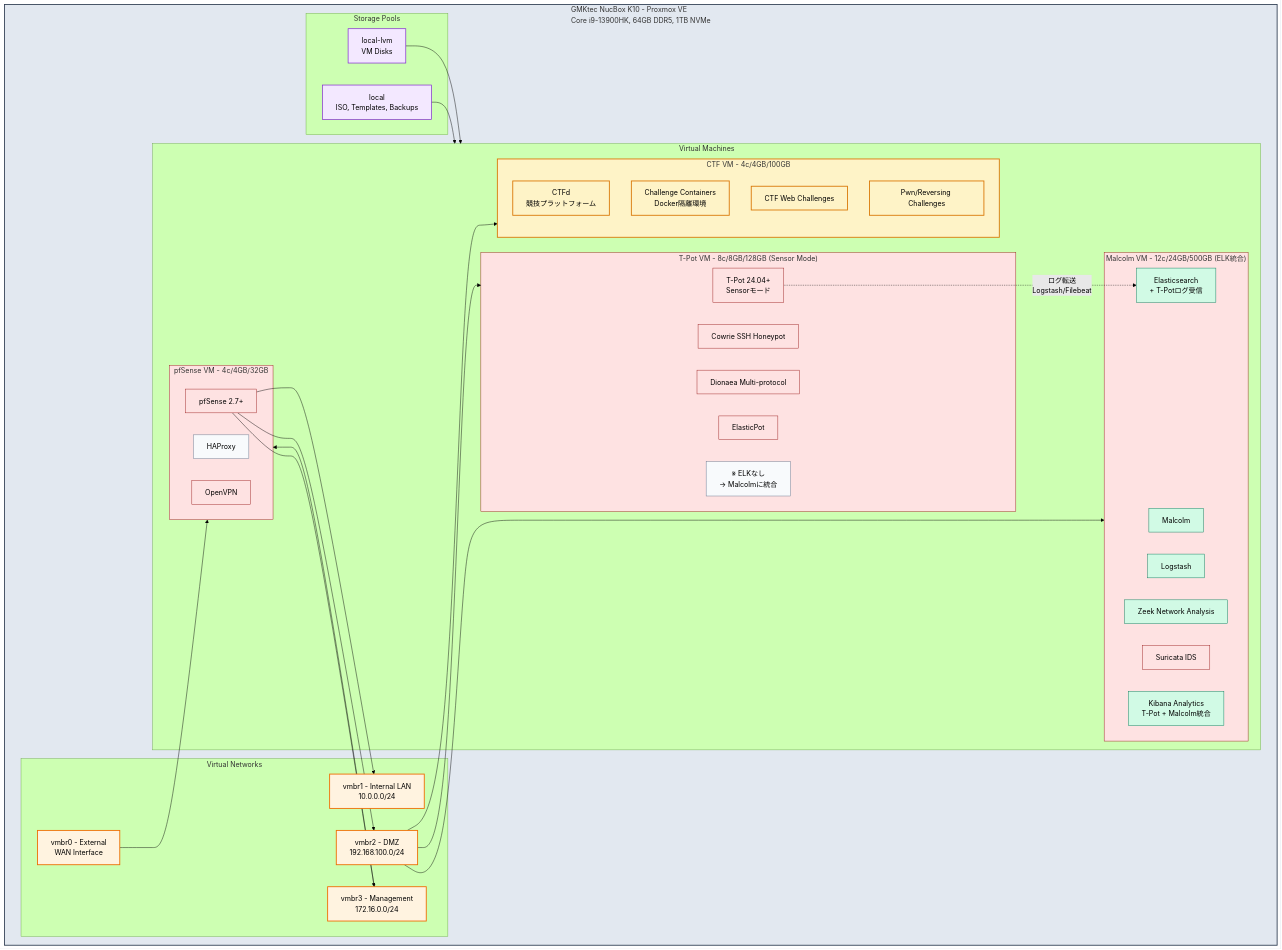
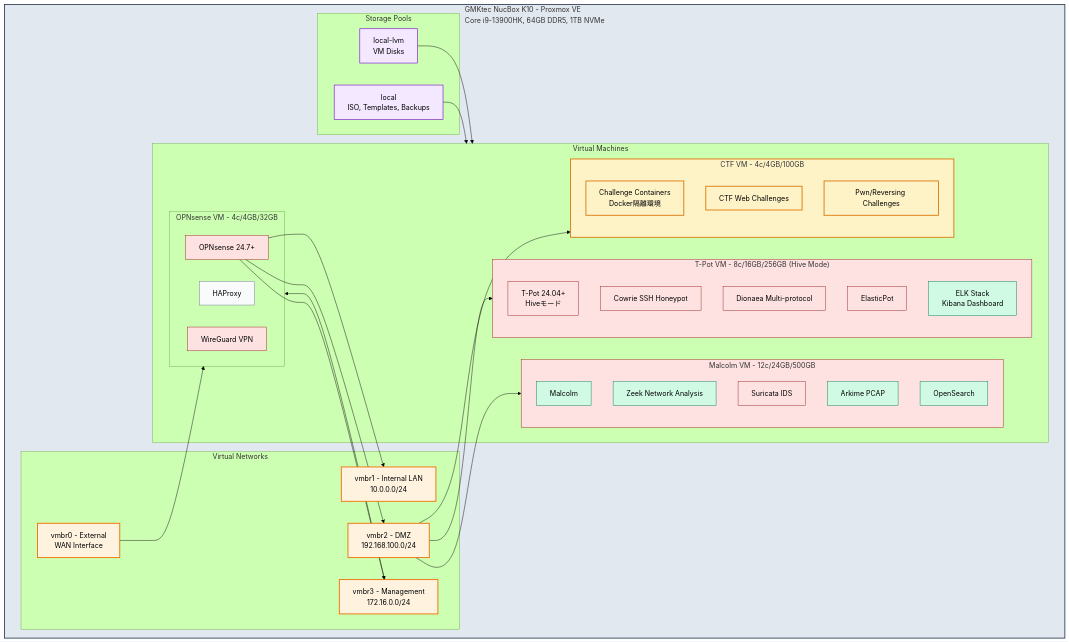
Before and after one commit to yamisskey-dev/yamisskey-host: the second of 7 diagrams in README.md, drawn with Mermaid (forest theme).

Commit message:
Update Proxmox VM documentation for OPNsense and T-Pot Hive
- Replace pfSense with OPNsense 24.7+
- Change VPN from OpenVPN to WireGuard
- Update T-Pot from Sensor mode (8GB) to Hive mode (16GB/256GB)
- Update Malcolm components (Arkime, OpenSearch)
- Remove CTFd from CTF VM (runs on caspar via Docker)

🤖 Generated with [Claude Code](https://claude.com/claude-code)

```diff
--- a/README.md
+++ b/README.md
@@ -181,31 +181,29 @@
        
        %% Virtual Machines
        subgraph vms["Virtual Machines"]
-           subgraph pfsense_vm["pfSense VM - 4c/4GB/32GB"]
-               pfsense["pfSense 2.7+"]:::security
+           subgraph opnsense_vm["OPNsense VM - 4c/4GB/32GB"]
+               opnsense["OPNsense 24.7+"]:::security
                haproxy["HAProxy"]:::service
-               openvpn["OpenVPN"]:::security
+               wireguard["WireGuard VPN"]:::security
            end
 
-           subgraph tpot_vm["T-Pot VM - 8c/8GB/128GB (Sensor Mode)"]
-               tpot["T-Pot 24.04+<br/>Sensorモード"]:::security
+           subgraph tpot_vm["T-Pot VM - 8c/16GB/256GB (Hive Mode)"]
+               tpot["T-Pot 24.04+<br/>Hiveモード"]:::security
                cowrie["Cowrie SSH Honeypot"]:::security
                dionaea["Dionaea Multi-protocol"]:::security
                elasticpot["ElasticPot"]:::security
-               tpot_note["※ ELKなし<br/>→ Malcolmに統合"]:::service
+               tpot_elk["ELK Stack<br/>Kibana Dashboard"]:::monitoring
            end
 
-           subgraph malcolm_vm["Malcolm VM - 12c/24GB/500GB (ELK統合)"]
+           subgraph malcolm_vm["Malcolm VM - 12c/24GB/500GB"]
                malcolm["Malcolm"]:::monitoring
-               elasticsearch["Elasticsearch<br/>+ T-Potログ受信"]:::monitoring
-               logstash["Logstash"]:::monitoring
                zeek["Zeek Network Analysis"]:::monitoring
                suricata_malcolm["Suricata IDS"]:::security
-               kibana_malcolm["Kibana Analytics<br/>T-Pot + Malcolm統合"]:::monitoring
+               arkime["Arkime PCAP"]:::monitoring
+               opensearch["OpenSearch"]:::monitoring
            end
 
            subgraph ctf_vm["CTF VM - 4c/4GB/100GB"]
-               ctfd["CTFd<br/>競技プラットフォーム"]:::ctf
                challenge_containers["Challenge Containers<br/>Docker隔離環境"]:::ctf
                ctf_web["CTF Web Challenges"]:::ctf
                ctf_pwn["Pwn/Reversing Challenges"]:::ctf
@@ -214,19 +212,16 @@
     end
     
     %% Network connections
-    vmbr0 --> pfsense_vm
+    vmbr0 --> opnsense_vm
     vmbr2 --> tpot_vm
     vmbr2 --> malcolm_vm
     vmbr2 --> ctf_vm
-    vmbr3 --> pfsense_vm
+    vmbr3 --> opnsense_vm
 
-    %% T-Pot Sensor → Malcolm ELK統合
-    tpot -.->|"ログ転送<br/>Logstash/Filebeat"| elasticsearch
-    
     %% Internal VM connections
-    pfsense --> vmbr1
-    pfsense --> vmbr2
-    pfsense --> vmbr3
+    opnsense --> vmbr1
+    opnsense --> vmbr2
+    opnsense --> vmbr3
     
     %% Storage connections
     local --> vms
```
